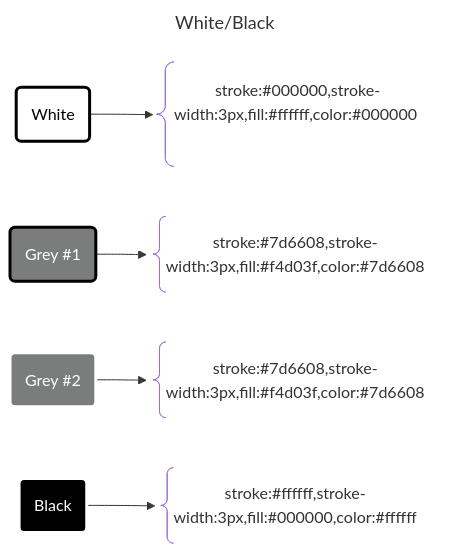
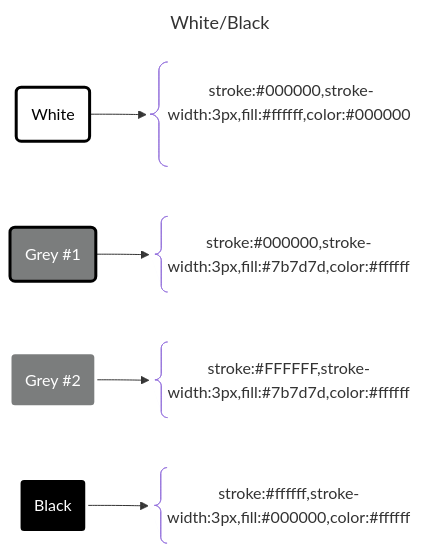
The tenth of 10 diagrams in profile/mermaid/mermaid.md (APrettyCoolProgram/aprettycoolprogram), drawn with Mermaid before and after one commit.

````diff
--- a/profile/mermaid/mermaid.md
+++ b/profile/mermaid/mermaid.md
@@ -302,29 +302,29 @@
 ```mermaid
 ---
 title: White/Black
 ---
 flowchart LR
   %% Components
   White@{shape: rounded, label: "White"}
   WhiteString@{shape: brace, label: "stroke:#000000,stroke-width:3px,fill:#ffffff,color:#000000  "}
   GreyOne@{shape: rounded, label: "Grey #1"}
-  GreyOneString@{shape: brace, label: "stroke:#7d6608,stroke-width:3px,fill:#f4d03f,color:#7d6608"}
+  GreyOneString@{shape: brace, label: "stroke:#000000,stroke-width:3px,fill:#7b7d7d,color:#ffffff"}
   GreyTwo@{shape: rounded, label: "Grey #2"}
-  GreyTwoString@{shape: brace, label: "stroke:#7d6608,stroke-width:3px,fill:#f4d03f,color:#7d6608"}
+  GreyTwoString@{shape: brace, label: "stroke:#FFFFFF,stroke-width:3px,fill:#7b7d7d,color:#ffffff"}
   Black@{shape: rounded, label: "Black"}
   BlackString@{shape: brace, label: "stroke:#ffffff,stroke-width:3px,fill:#000000,color:#ffffff"}
   %% Layout
   White --> WhiteString
   GreyOne --> GreyOneString
   GreyTwo --> GreyTwoString
   Black --> BlackString
   %% Styles
   classDef White stroke:#000000,stroke-width:3px,fill:#ffffff,color:#000000  
   classDef GreyOne stroke:#000000,stroke-width:3px,fill:#7b7d7d,color:#ffffff
   classDef GreyTwo stroke:#FFFFFF,stroke-width:3px,fill:#7b7d7d,color:#ffffff
   classDef Black stroke:#ffffff,stroke-width:3px,fill:#000000,color:#ffffff
   class White White
   class GreyOne GreyOne
   class GreyTwo GreyTwo
   class Black Black
 ```
````
